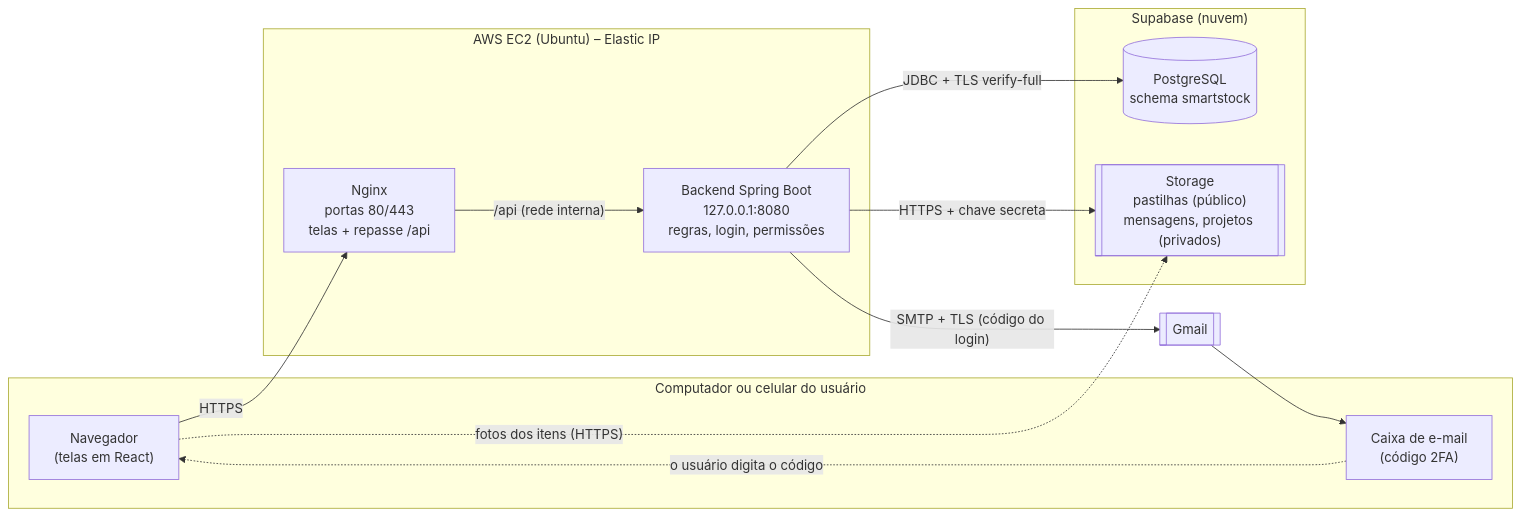
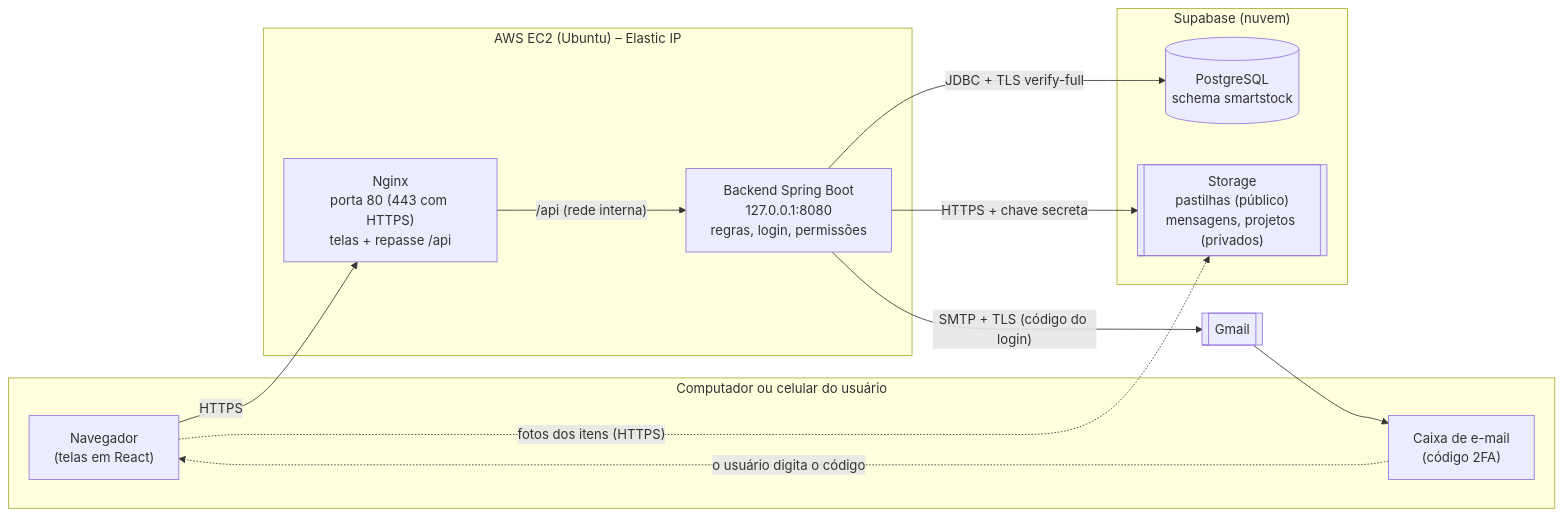
Before and after one commit to Roj10/SmartStock: the first of 6 diagrams in docs/diagramas.md, drawn with Mermaid. The commit also changed other lines of this file and 15 other files, not shown here.

First line of the commit message:
CRUD de usuários completo, usabilidade, roteiro de telas e porta 443

````diff
--- a/docs/diagramas.md
+++ b/docs/diagramas.md
@@ -7,25 +7,25 @@
 ```mermaid
 flowchart LR
     subgraph Usuario["Computador ou celular do usuário"]
         nav["Navegador<br/>(telas em React)"]
         cel["Caixa de e-mail<br/>(código 2FA)"]
     end
 
     subgraph AWS["AWS EC2 (Ubuntu) – Elastic IP"]
-        nginx["Nginx<br/>portas 80/443<br/>telas + repasse /api"]
+        nginx["Nginx<br/>porta 80 (443 com HTTPS)<br/>telas + repasse /api"]
         api["Backend Spring Boot<br/>127.0.0.1:8080<br/>regras, login, permissões"]
     end
 
     subgraph Supabase["Supabase (nuvem)"]
         db[("PostgreSQL<br/>schema smartstock")]
         st[["Storage<br/>pastilhas (público)<br/>mensagens, projetos (privados)"]]
     end
 
     nav -- "HTTPS" --> nginx
     nginx -- "/api (rede interna)" --> api
     api -- "JDBC + TLS verify-full" --> db
     api -- "HTTPS + chave secreta" --> st
     nav -. "fotos dos itens (HTTPS)" .-> st
     cel -. "o usuário digita o código" .-> nav
     api -- "SMTP + TLS (código do login)" --> gm[["Gmail"]] --> cel
 ```
````
